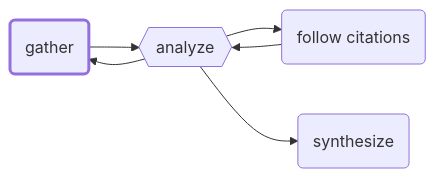
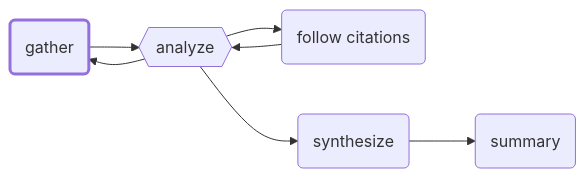
The diagram in docs/assets/agents/src/deep-researcher.mmd (GEMISIS/leviath), drawn with Mermaid before and after one commit. The commit also changed 41 other files, not shown here.

```diff
--- a/docs/assets/agents/src/deep-researcher.mmd
+++ b/docs/assets/agents/src/deep-researcher.mmd
@@ -1,12 +1,14 @@
 flowchart LR
     gather(gather)
     analyze{{analyze}}
     follow_citations(follow citations)
     synthesize(synthesize)
+    summary(summary)
     gather --> analyze
     analyze --> gather
     analyze --> follow_citations
     analyze --> synthesize
     follow_citations --> analyze
+    synthesize --> summary
     classDef entry stroke-width:3px
     class gather entry
```
